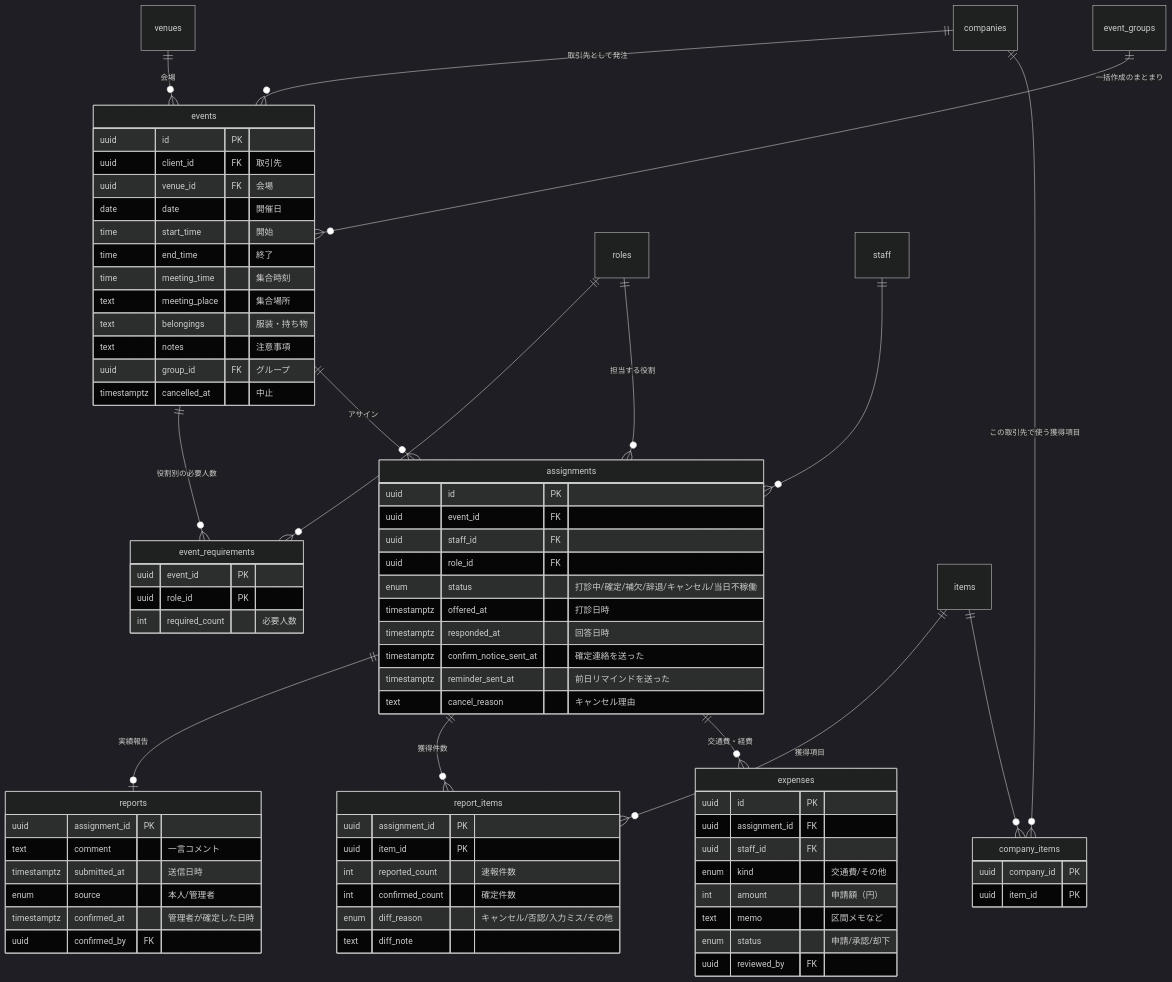
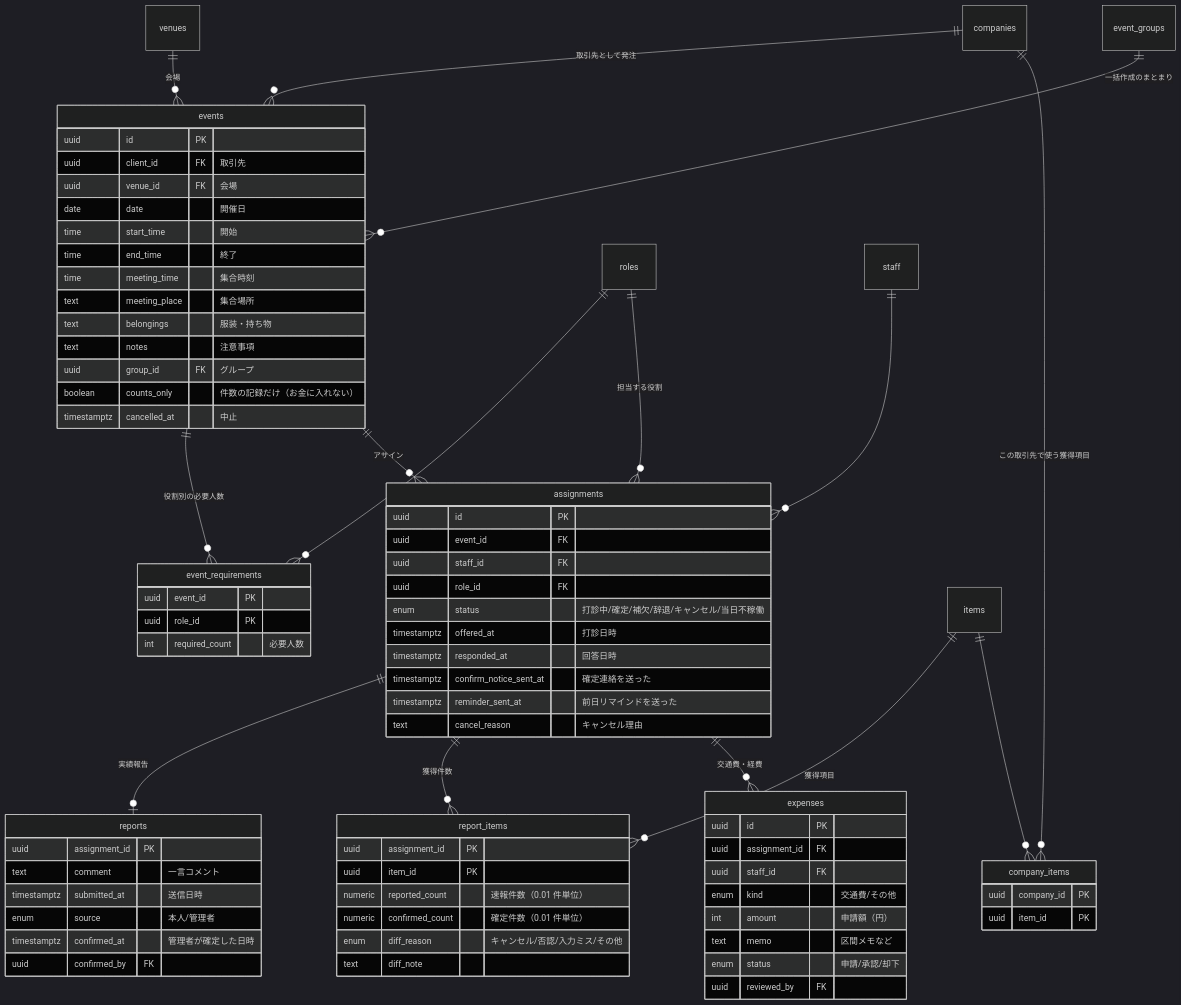
The first of 4 diagrams in docs/design/database.md (Beekon963/nicolyCRM), drawn with Mermaid (dark theme) before and after one commit. The commit also changed other lines of this file and 37 other files, not shown here.

````diff
--- a/docs/design/database.md
+++ b/docs/design/database.md
@@ -23,79 +23,80 @@
 ```mermaid
 erDiagram
   companies ||--o{ events : "取引先として発注"
   venues ||--o{ events : "会場"
   event_groups ||--o{ events : "一括作成のまとまり"
   events ||--o{ event_requirements : "役割別の必要人数"
   roles ||--o{ event_requirements : ""
   events ||--o{ assignments : "アサイン"
   staff ||--o{ assignments : ""
   roles ||--o{ assignments : "担当する役割"
   assignments ||--o| reports : "実績報告"
   assignments ||--o{ report_items : "獲得件数"
   items ||--o{ report_items : "獲得項目"
   assignments ||--o{ expenses : "交通費・経費"
   companies ||--o{ company_items : "この取引先で使う獲得項目"
   items ||--o{ company_items : ""
 
   events {
     uuid id PK
     uuid client_id FK "取引先"
     uuid venue_id FK "会場"
     date date "開催日"
     time start_time "開始"
     time end_time "終了"
     time meeting_time "集合時刻"
     text meeting_place "集合場所"
     text belongings "服装・持ち物"
     text notes "注意事項"
     uuid group_id FK "グループ"
+    boolean counts_only "件数の記録だけ（お金に入れない）"
     timestamptz cancelled_at "中止"
   }
   event_requirements {
     uuid event_id PK
     uuid role_id PK
     int required_count "必要人数"
   }
   assignments {
     uuid id PK
     uuid event_id FK
     uuid staff_id FK
     uuid role_id FK
     enum status "打診中/確定/補欠/辞退/キャンセル/当日不稼働"
     timestamptz offered_at "打診日時"
     timestamptz responded_at "回答日時"
     timestamptz confirm_notice_sent_at "確定連絡を送った"
     timestamptz reminder_sent_at "前日リマインドを送った"
     text cancel_reason "キャンセル理由"
   }
   reports {
     uuid assignment_id PK
     text comment "一言コメント"
     timestamptz submitted_at "送信日時"
     enum source "本人/管理者"
     timestamptz confirmed_at "管理者が確定した日時"
     uuid confirmed_by FK
   }
   report_items {
     uuid assignment_id PK
     uuid item_id PK
-    int reported_count "速報件数"
-    int confirmed_count "確定件数"
+    numeric reported_count "速報件数（0.01 件単位）"
+    numeric confirmed_count "確定件数（0.01 件単位）"
     enum diff_reason "キャンセル/否認/入力ミス/その他"
     text diff_note
   }
   company_items {
     uuid company_id PK
     uuid item_id PK
   }
   expenses {
     uuid id PK
     uuid assignment_id FK
     uuid staff_id FK
     enum kind "交通費/その他"
     int amount "申請額（円）"
     text memo "区間メモなど"
     enum status "申請/承認/却下"
     uuid reviewed_by FK
   }
 ```
````
